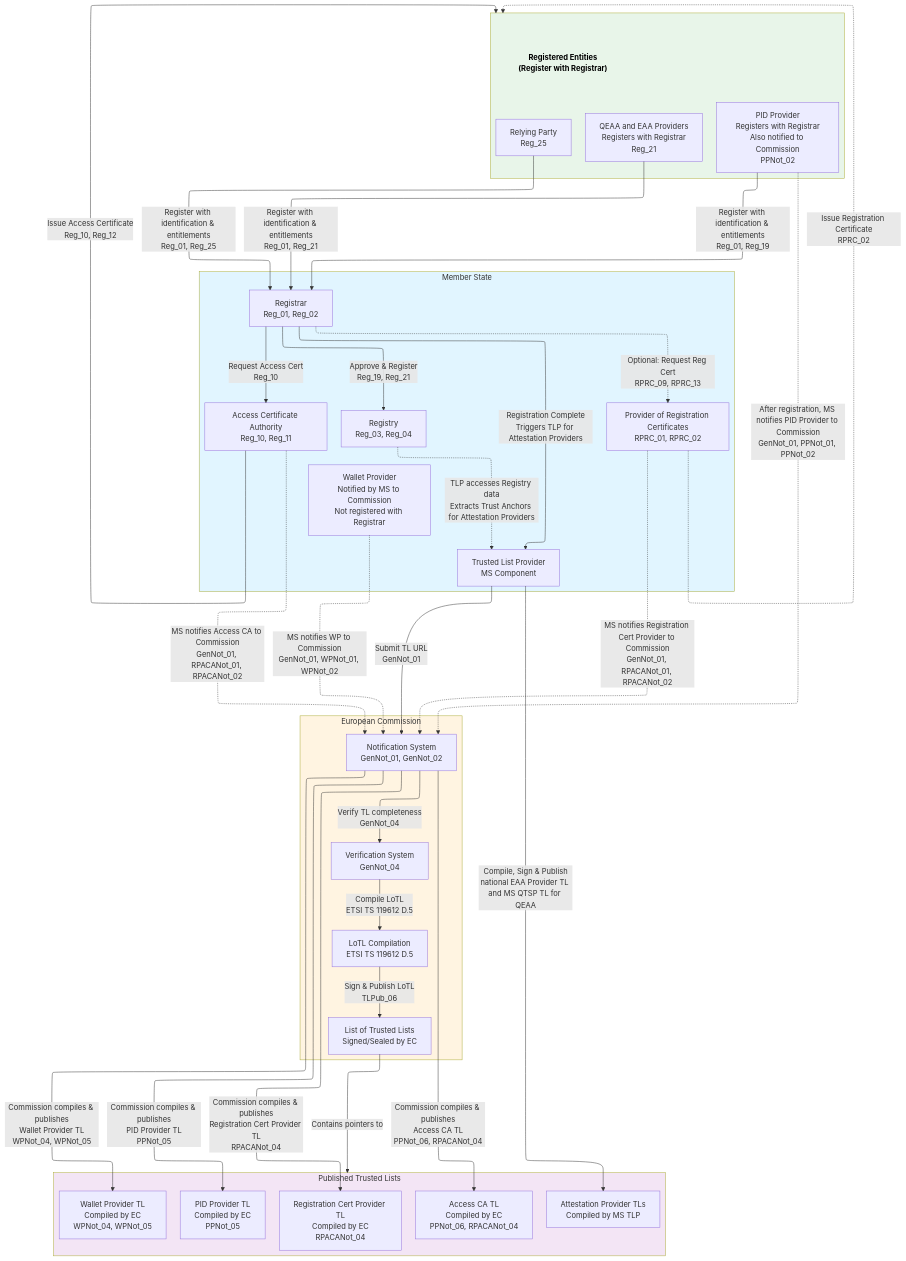
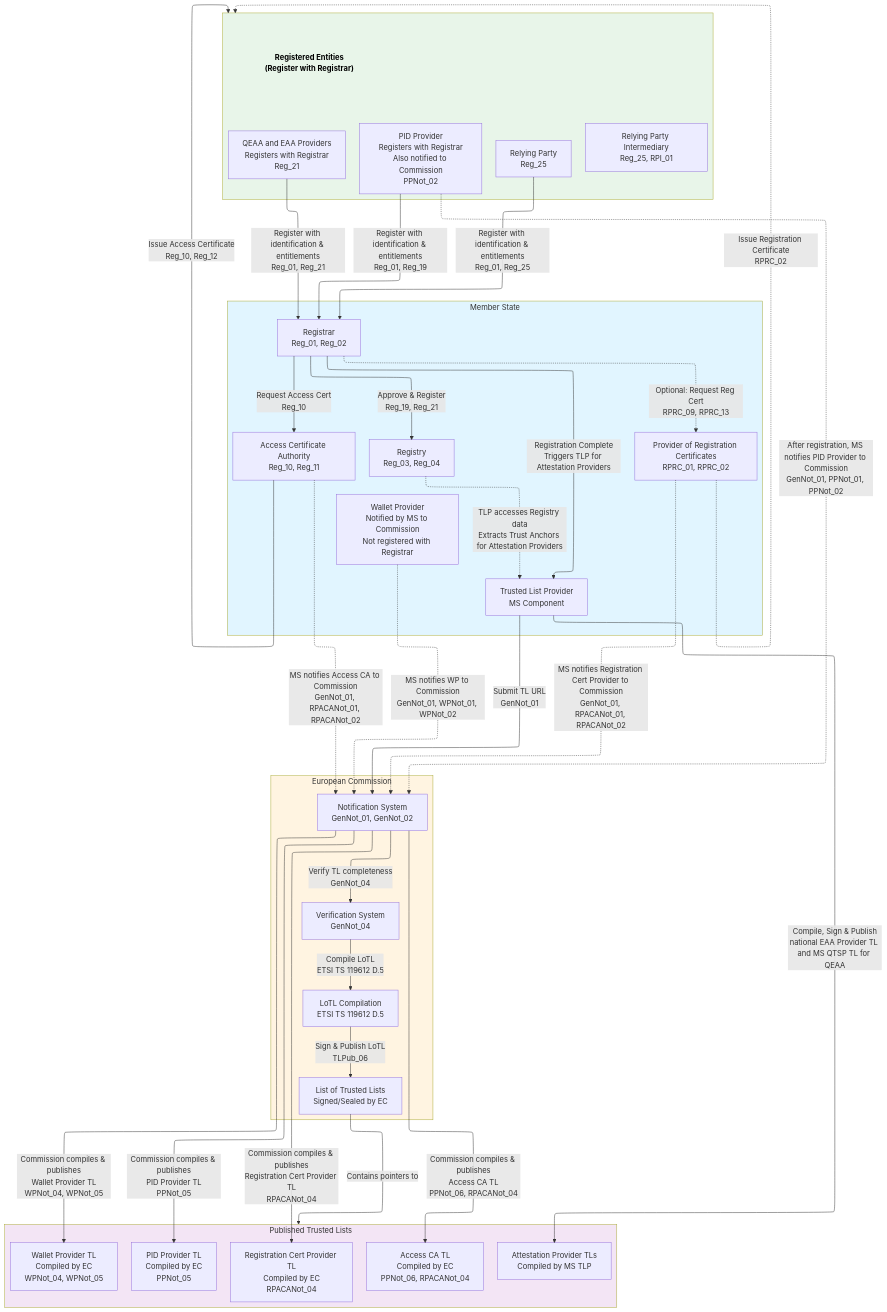
One commit to webuild-consortium/wp4-architecture changed the first of 4 diagrams in blueprint/appendix-trust-ecosystem.md. Above: the diagram before and after it, drawn with Mermaid.

Commit message:
Apply suggestion from @peppelinux

````diff
--- a/blueprint/appendix-trust-ecosystem.md
+++ b/blueprint/appendix-trust-ecosystem.md
@@ -54,74 +54,79 @@
 ```mermaid
 %%{init: {"flowchart": {"defaultRenderer": "elk"}} }%%
 graph TB
     classDef titleBox fill:none,stroke:none,font-weight:bold,font-size:16px,color:black;
 
     subgraph MS["Member State"]
         Registrar[Registrar<br/>Reg_01, Reg_02]
         AccessCA[Access Certificate Authority<br/>Reg_10, Reg_11]
         RegCertProv[Provider of Registration Certificates<br/>RPRC_01, RPRC_02]
         TLProvider[Trusted List Provider<br/>MS Component]
         Registry[Registry<br/>Reg_03, Reg_04]
         WP[Wallet Provider<br/>Notified by MS to Commission<br/>Not registered with Registrar]
         Registry ~~~ WP
     end
 
     subgraph EC["European Commission"]
         ECNotify[Notification System<br/>GenNot_01, GenNot_02]
         ECVerify[Verification System<br/>GenNot_04]
         LoTLCompile[LoTL Compilation<br/>ETSI TS 119612 D.5]
         LoTL[List of Trusted Lists<br/>Signed/Sealed by EC]
     end
 
     subgraph EntitiesScope[ ]
         EntitiesTitle["Registered Entities<br/>(Register with Registrar)"]:::titleBox
         PID[PID Provider<br/>Registers with Registrar<br/>Also notified to Commission<br/>PPNot_02]
         AP[QEAA and EAA Providers<br/>Registers with Registrar<br/>Reg_21]
         RP[Relying Party<br/>Reg_25]
         EntitiesTitle ~~~ PID
         EntitiesTitle ~~~ AP
+        RP[Relying Party<br/>Reg_25]
+        RPI[Relying Party Intermediary<br/>Reg_25, RPI_01]
+        EntitiesTitle ~~~ PID
+        EntitiesTitle ~~~ AP
         EntitiesTitle ~~~ RP
+        EntitiesTitle ~~~ RPI
     end
 
     subgraph TL["Published Trusted Lists"]
         WPTL[Wallet Provider TL<br/>Compiled by EC<br/>WPNot_04, WPNot_05]
         PIDTL[PID Provider TL<br/>Compiled by EC<br/>PPNot_05]
         APTL[Attestation Provider TLs<br/>Compiled by MS TLP]
         ACATL[Access CA TL<br/>Compiled by EC<br/>PPNot_06, RPACANot_04]
         RegCertTL[Registration Cert Provider TL<br/>Compiled by EC<br/>RPACANot_04]
     end
 
     PID -->|Register with identification & entitlements<br/>Reg_01, Reg_19| Registrar
     AP -->|Register with identification & entitlements<br/>Reg_01, Reg_21| Registrar
     RP -->|Register with identification & entitlements<br/>Reg_01, Reg_25| Registrar
 
     WP -.->|MS notifies WP to Commission<br/>GenNot_01, WPNot_01, WPNot_02| ECNotify
     PID -.->|After registration, MS notifies PID Provider to Commission<br/>GenNot_01, PPNot_01, PPNot_02| ECNotify
     AccessCA -.->|MS notifies Access CA to Commission<br/>GenNot_01, RPACANot_01, RPACANot_02| ECNotify
     RegCertProv -.->|MS notifies Registration Cert Provider to Commission<br/>GenNot_01, RPACANot_01, RPACANot_02| ECNotify
 
     Registrar -->|Approve & Register<br/>Reg_19, Reg_21| Registry
     Registrar -->|Request Access Cert<br/>Reg_10| AccessCA
     AccessCA -->|Issue Access Certificate<br/>Reg_10, Reg_12| EntitiesScope
     Registrar -.->|Optional: Request Reg Cert<br/>RPRC_09, RPRC_13| RegCertProv
     RegCertProv -.->|Issue Registration Certificate<br/>RPRC_02| EntitiesScope
 
     Registrar -->|Registration Complete<br/>Triggers TLP for Attestation Providers| TLProvider
     Registry -.->|TLP accesses Registry data<br/>Extracts Trust Anchors for Attestation Providers| TLProvider
 
     TLProvider -->|Compile, Sign & Publish<br/>national EAA Provider TL and MS QTSP TL for QEAA| APTL
     TLProvider -->|Submit TL URL<br/>GenNot_01| ECNotify
     ECNotify -->|Commission compiles & publishes<br/>Wallet Provider TL<br/>WPNot_04, WPNot_05| WPTL
     ECNotify -->|Commission compiles & publishes<br/>PID Provider TL<br/>PPNot_05| PIDTL
     ECNotify -->|Commission compiles & publishes<br/>Access CA TL<br/>PPNot_06, RPACANot_04| ACATL
     ECNotify -->|Commission compiles & publishes<br/>Registration Cert Provider TL<br/>RPACANot_04| RegCertTL
     ECNotify -->|Verify TL completeness<br/>GenNot_04| ECVerify
     ECVerify -->|Compile LoTL<br/>ETSI TS 119612 D.5| LoTLCompile
     LoTLCompile -->|Sign & Publish LoTL<br/>TLPub_06| LoTL
     LoTL -->|Contains pointers to| TL
 
     style MS fill:#e1f5ff
     style EC fill:#fff4e1
     style EntitiesScope fill:#e8f5e9
     style TL fill:#f3e5f5
 ```
````
